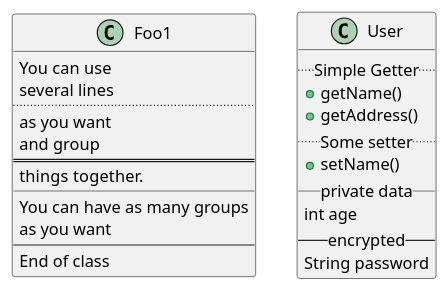
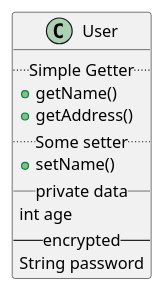
One commit to studykit/studykit-marketplace changed the fifth of 13 diagrams in plugins/plantuml/skills/class-diagram/SKILL.md. Above: the diagram before and after it, drawn with PlantUML. The commit also changed other lines of this file and 9 other files, not shown here.

First line of the commit message:
refactor: trim PlantUML skill SKILL.md files and extract advanced references

````diff
--- a/plugins/plantuml/skills/class-diagram/SKILL.md
+++ b/plugins/plantuml/skills/class-diagram/SKILL.md
@@ -166,30 +86,15 @@
 ```plantuml
 @startuml
-class Foo1 {
-  You can use
-  several lines
-  ..
-  as you want
-  and group
-  ==
-  things together.
-  __
-  You can have as many groups
-  as you want
-  --
-  End of class
-}
-
 class User {
   .. Simple Getter ..
   + getName()
   + getAddress()
   .. Some setter ..
   + setName()
   __ private data __
   int age
   -- encrypted --
   String password
 }
 @enduml
 ```
````
